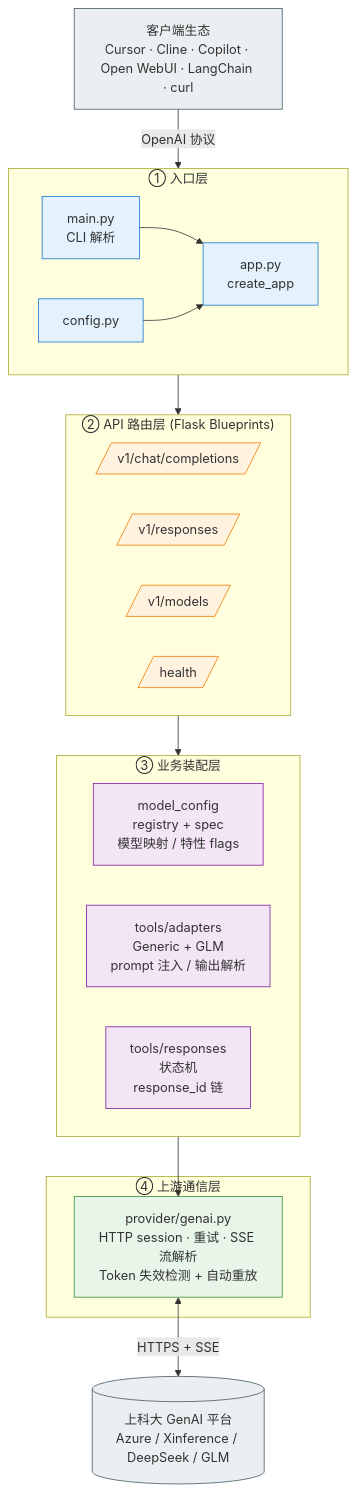
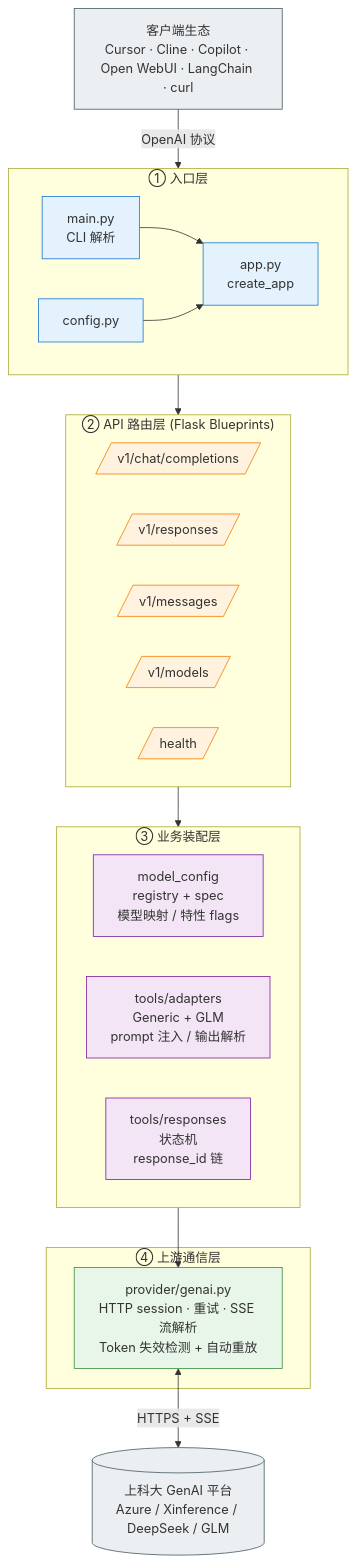
The first of 3 diagrams in README.md (azaneNH37/GenAI2OpenAI), drawn with Mermaid before and after one commit. The commit also changed other lines of this file and 2 other files, not shown here.

````diff
--- a/README.md
+++ b/README.md
@@ -26,54 +214,55 @@
 ```mermaid
 flowchart TB
     Clients["客户端生态<br/>Cursor · Cline · Copilot · Open WebUI · LangChain · curl"]
 
     subgraph L1["① 入口层"]
         direction LR
         M[main.py<br/>CLI 解析]
         CFG[config.py]
         APP[app.py<br/>create_app]
         M --> APP
         CFG --> APP
     end
 
     subgraph L2["② API 路由层 (Flask Blueprints)"]
         direction LR
         AC[/v1/chat/completions/]
         AR[/v1/responses/]
+        AMS[/v1/messages/]
         AM[/v1/models/]
         AH[/health/]
     end
 
     subgraph L3["③ 业务装配层"]
         direction LR
         REG[model_config<br/>registry + spec<br/>模型映射 / 特性 flags]
         TOOLS[tools/adapters<br/>Generic + GLM<br/>prompt 注入 / 输出解析]
         RST[tools/responses<br/>状态机<br/>response_id 链]
     end
 
     subgraph L4["④ 上游通信层"]
         PG[provider/genai.py<br/>HTTP session · 重试 · SSE 流解析<br/>Token 失效检测 + 自动重放]
     end
 
     UP[("上科大 GenAI 平台<br/>Azure / Xinference / DeepSeek / GLM")]
 
     Clients -->|OpenAI 协议| APP
     APP --> L2
     L2 --> L3
     L3 --> PG
     PG <-->|HTTPS + SSE| UP
 
     classDef layer fill:#f5f5f5,stroke:#999
     classDef entry fill:#e3f2fd,stroke:#1976d2
     classDef api fill:#fff3e0,stroke:#f57c00
     classDef biz fill:#f3e5f5,stroke:#7b1fa2
     classDef provider fill:#e8f5e9,stroke:#388e3c
     classDef upstream fill:#eceff1,stroke:#455a64
 
     class M,CFG,APP entry
-    class AC,AR,AM,AH api
+    class AC,AR,AMS,AM,AH api
     class REG,TOOLS,RST biz
     class PG provider
     class UP upstream
     class Clients upstream
 ```
````
